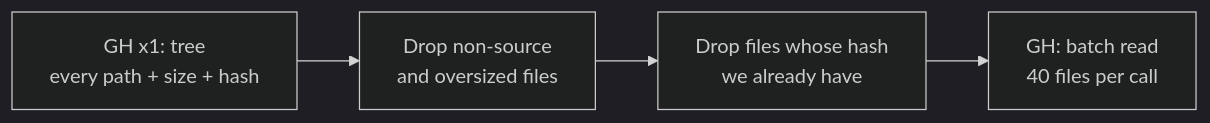
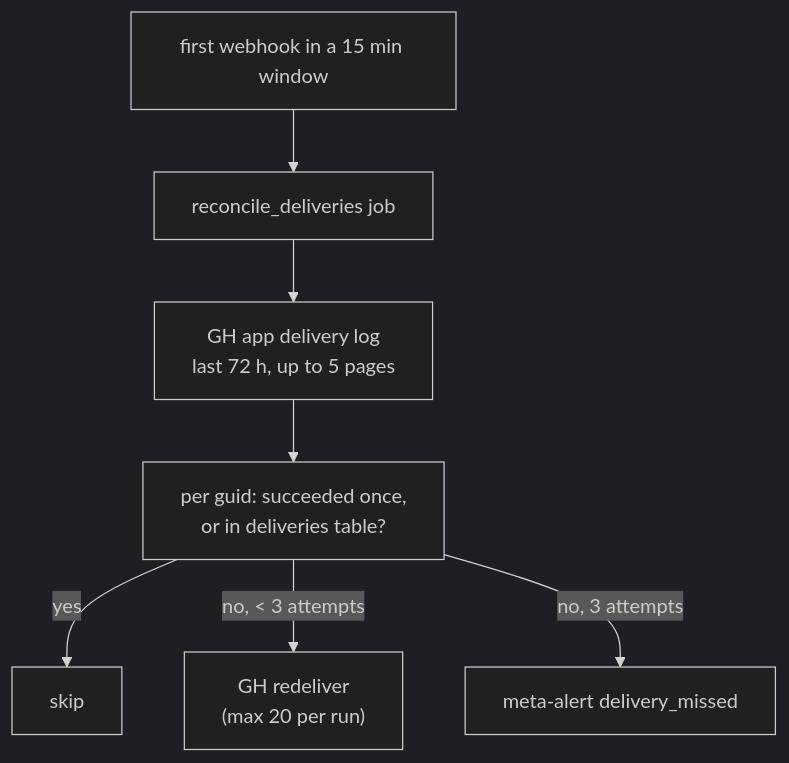
The eighth of 9 diagrams in RUNTIME.md (saadiqayyum/Pushguard), drawn with Mermaid (dark theme) before and after one commit. The commit also changed other lines of this file and 685 other files, not shown here.

````diff
--- a/RUNTIME.md
+++ b/RUNTIME.md
@@ -148,6 +204,9 @@
 ```mermaid
-flowchart LR
-  A["GH x1: tree<br/>every path + size + hash"] --> B[Drop non-source<br/>and oversized files]
-  B --> C[Drop files whose hash<br/>we already have]
-  C --> D["GH: batch read<br/>40 files per call"]
+flowchart TD
+  A["first webhook in a 15 min window"] --> B[reconcile_deliveries job]
+  B --> C["GH app delivery log<br/>last 72 h, up to 5 pages"]
+  C --> D["per guid: succeeded once,<br/>or in deliveries table?"]
+  D -->|yes| E[skip]
+  D -->|"no, < 3 attempts"| F["GH redeliver<br/>(max 20 per run)"]
+  D -->|"no, 3 attempts"| G["meta-alert delivery_missed"]
 ```
````
